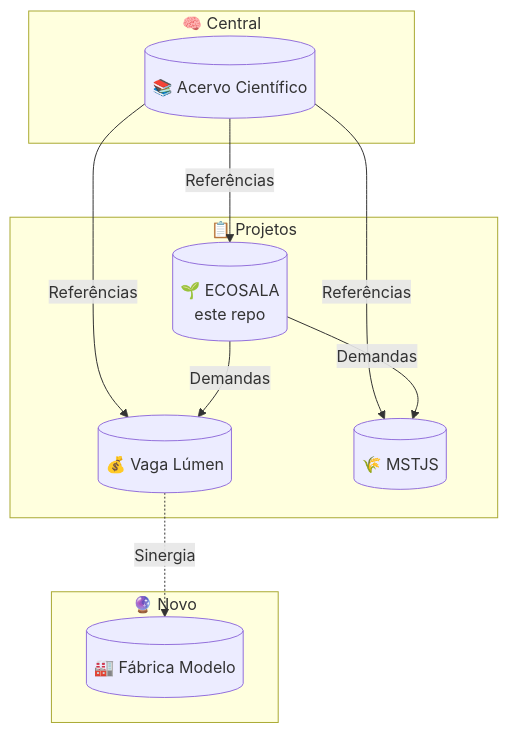
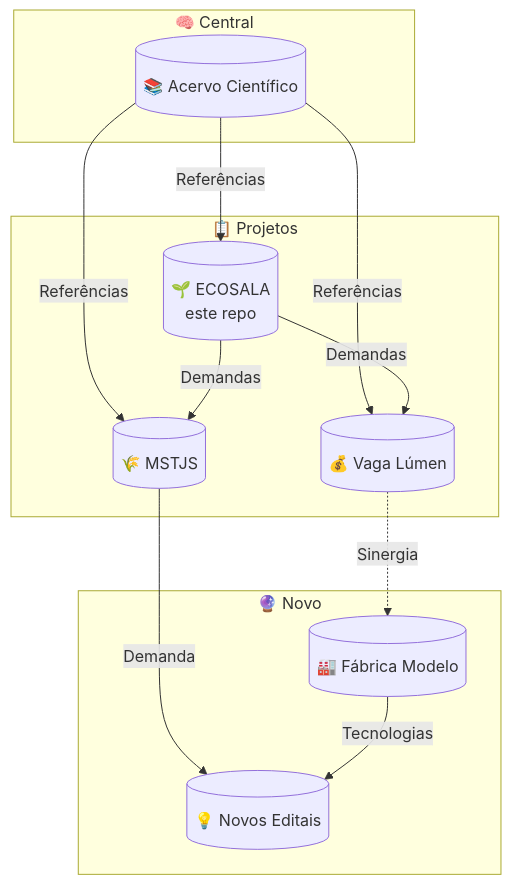
One commit to takwaratec/ECOSALA changed the diagram in README.md. Above: the diagram before and after it, drawn with Mermaid. The commit also changed other lines of this file, not shown here.

Commit message:
feat: nova introducao Bem Viver holistica; diagrama Mermaid completo com Novos Editais

````diff
--- a/README.md
+++ b/README.md
@@ -115,20 +123,23 @@
 ```mermaid
 flowchart TB
     subgraph Central["🧠 Central"]
         AC[("📚 Acervo Científico")]
     end
     subgraph Ativos["📋 Projetos"]
         EC[("🌱 ECOSALA<br/>este repo")]
         VL[("💰 Vaga Lúmen")]
         MJ[("🌾 MSTJS")]
     end
     subgraph Futuro["🔮 Novo"]
         FM[("🏭 Fábrica Modelo")]
+        NB[("💡 Novos Editais")]
     end
     AC -->|Referências| EC
     AC -->|Referências| VL
     AC -->|Referências| MJ
     EC -->|Demandas| VL
     EC -->|Demandas| MJ
     VL -.->|Sinergia| FM
+    MJ -->|Demanda| NB
+    FM -->|Tecnologias| NB
 ```
````
